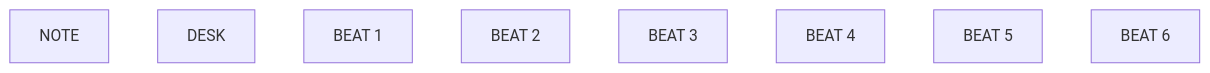
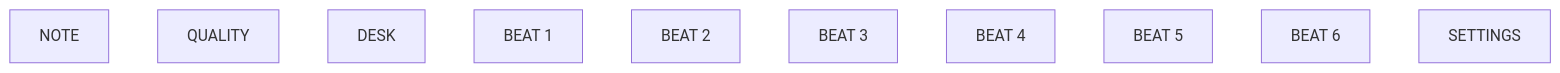
One commit to toxicoder/ez-comfy-stack changed the diagram in docs/generated/workflows/inspire/beat-sheet.md. Above: the diagram before and after it, drawn with Mermaid. The commit also changed other lines of this file and 1088 other files, not shown here.

````diff
--- a/docs/generated/workflows/inspire/beat-sheet.md
+++ b/docs/generated/workflows/inspire/beat-sheet.md
@@ -71,11 +71,13 @@
 ```mermaid
 flowchart TB
   GNOTE["NOTE"]
+  GQUALITY["QUALITY"]
   GDESK["DESK"]
   GBEAT_1["BEAT 1"]
   GBEAT_2["BEAT 2"]
   GBEAT_3["BEAT 3"]
   GBEAT_4["BEAT 4"]
   GBEAT_5["BEAT 5"]
   GBEAT_6["BEAT 6"]
+  GSETTINGS["SETTINGS"]
 ```
````
